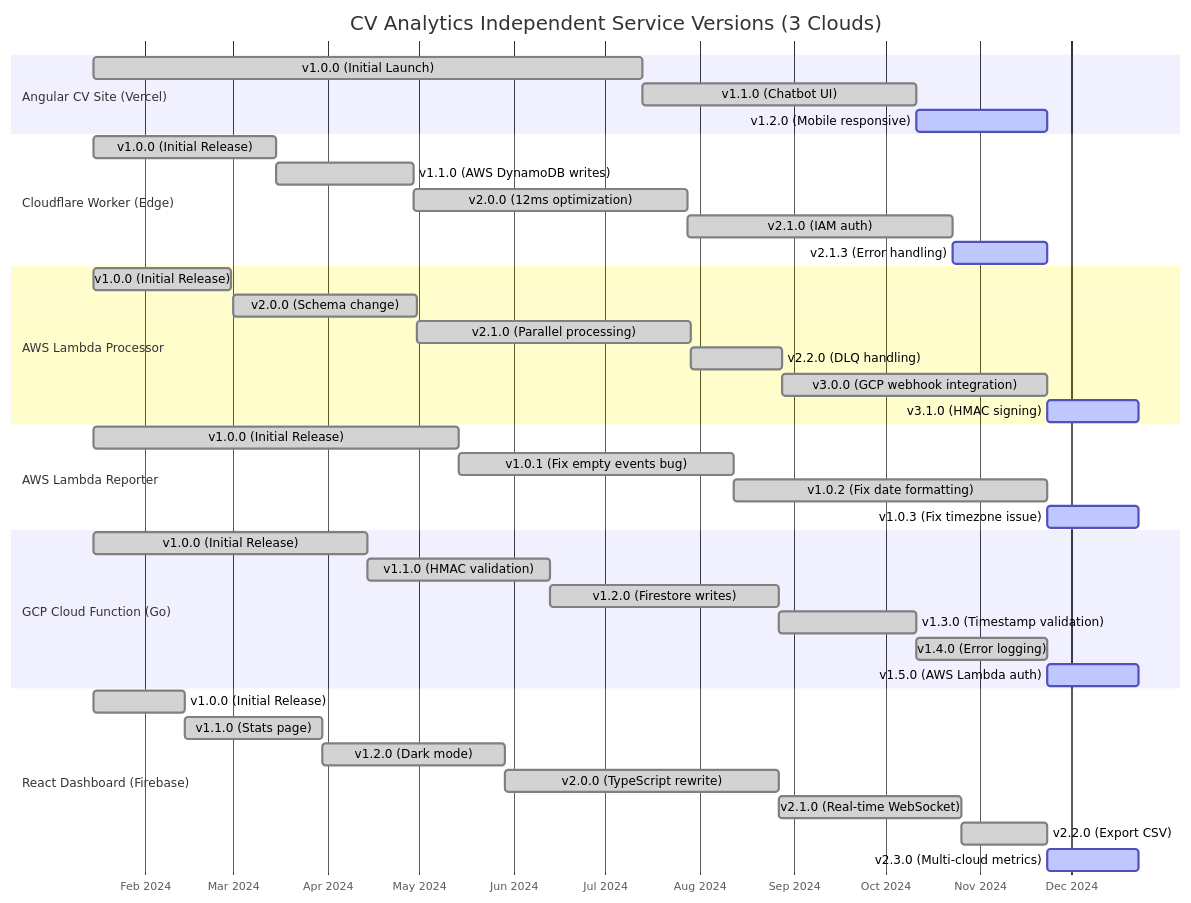
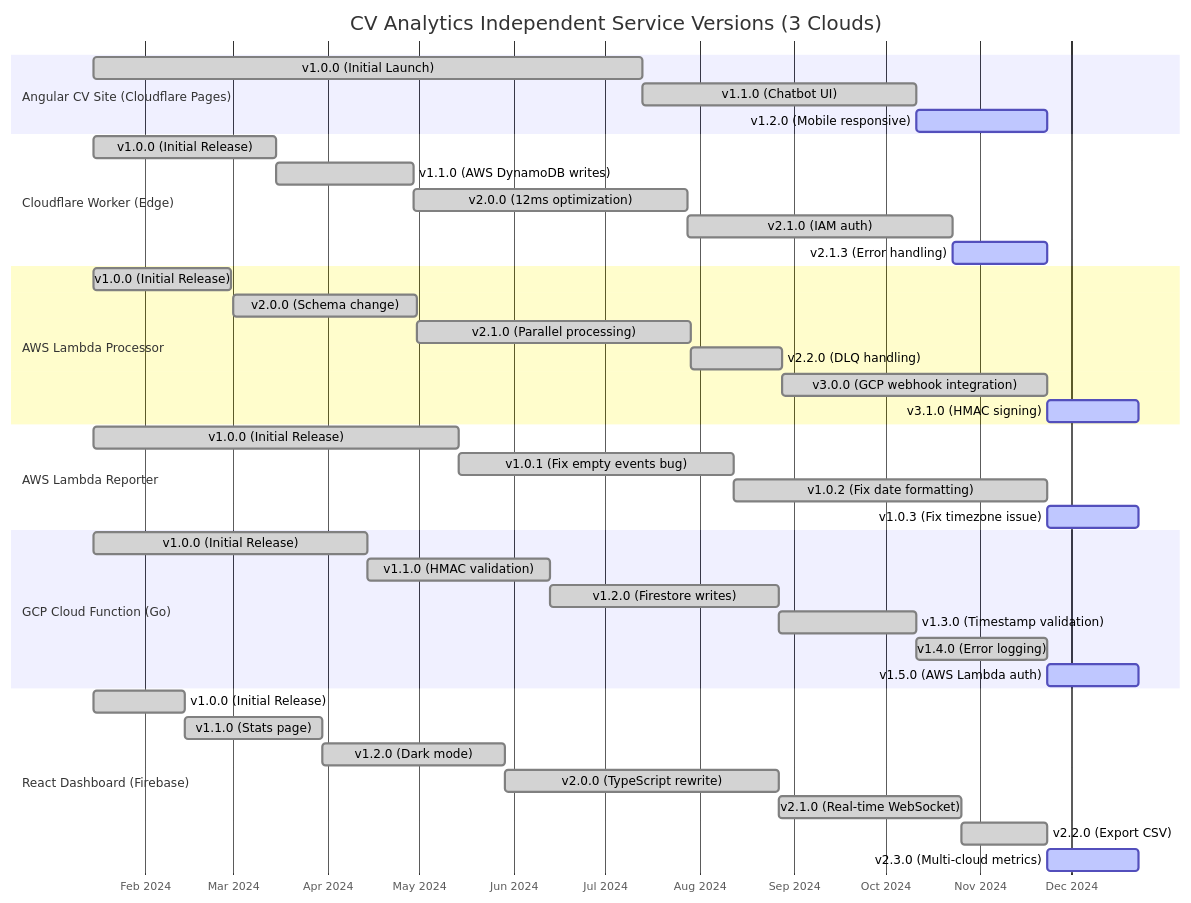
The second of 3 diagrams in gcp-blog/06-semantic-versioning.md (josejalvarezm/cv-ai-agent), drawn with Mermaid before and after one commit. The commit also changed other lines of this file and 6 other files, not shown here.

Commit message:
docs: update blog posts for consistency with Cloudflare Pages and clarify latency claims

````diff
--- a/gcp-blog/06-semantic-versioning.md
+++ b/gcp-blog/06-semantic-versioning.md
@@ -485,49 +485,49 @@
 ```mermaid
 gantt
     title CV Analytics Independent Service Versions (3 Clouds)
     dateFormat YYYY-MM-DD
     axisFormat %b %Y
     
-    section Angular CV Site (Vercel)
+    section Angular CV Site (Cloudflare Pages)
     v1.0.0 (Initial Launch)           :done, ang1, 2024-01-15, 180d
     v1.1.0 (Chatbot UI)               :done, ang2, 2024-07-13, 90d
     v1.2.0 (Mobile responsive)        :active, ang3, 2024-10-11, 43d
     
     section Cloudflare Worker (Edge)
     v1.0.0 (Initial Release)          :done, cf1, 2024-01-15, 60d
     v1.1.0 (AWS DynamoDB writes)      :done, cf2, 2024-03-15, 45d
     v2.0.0 (12ms optimization)        :done, cf3, 2024-04-29, 90d
     v2.1.0 (IAM auth)                 :done, cf4, 2024-07-28, 87d
     v2.1.3 (Error handling)           :active, cf5, 2024-10-23, 31d
     
     section AWS Lambda Processor
     v1.0.0 (Initial Release)          :done, proc1, 2024-01-15, 45d
     v2.0.0 (Schema change)            :done, proc2, 2024-03-01, 60d
     v2.1.0 (Parallel processing)      :done, proc3, 2024-04-30, 90d
     v2.2.0 (DLQ handling)             :done, proc4, 2024-07-29, 30d
     v3.0.0 (GCP webhook integration)  :done, proc5, 2024-08-28, 87d
     v3.1.0 (HMAC signing)             :active, proc6, 2024-11-23, 30d
     
     section AWS Lambda Reporter
     v1.0.0 (Initial Release)          :done, rep1, 2024-01-15, 120d
     v1.0.1 (Fix empty events bug)     :done, rep2, 2024-05-14, 90d
     v1.0.2 (Fix date formatting)      :done, rep3, 2024-08-12, 103d
     v1.0.3 (Fix timezone issue)       :active, rep4, 2024-11-23, 30d
     
     section GCP Cloud Function (Go)
     v1.0.0 (Initial Release)          :done, gcp1, 2024-01-15, 90d
     v1.1.0 (HMAC validation)          :done, gcp2, 2024-04-14, 60d
     v1.2.0 (Firestore writes)         :done, gcp3, 2024-06-13, 75d
     v1.3.0 (Timestamp validation)     :done, gcp4, 2024-08-27, 45d
     v1.4.0 (Error logging)            :done, gcp5, 2024-10-11, 43d
     v1.5.0 (AWS Lambda auth)          :active, gcp6, 2024-11-23, 30d
     
     section React Dashboard (Firebase)
     v1.0.0 (Initial Release)          :done, dash1, 2024-01-15, 30d
     v1.1.0 (Stats page)               :done, dash2, 2024-02-14, 45d
     v1.2.0 (Dark mode)                :done, dash3, 2024-03-30, 60d
     v2.0.0 (TypeScript rewrite)       :done, dash4, 2024-05-29, 90d
     v2.1.0 (Real-time WebSocket)      :done, dash5, 2024-08-27, 60d
     v2.2.0 (Export CSV)               :done, dash6, 2024-10-26, 28d
     v2.3.0 (Multi-cloud metrics)      :active, dash7, 2024-11-23, 30d
 ```
````
